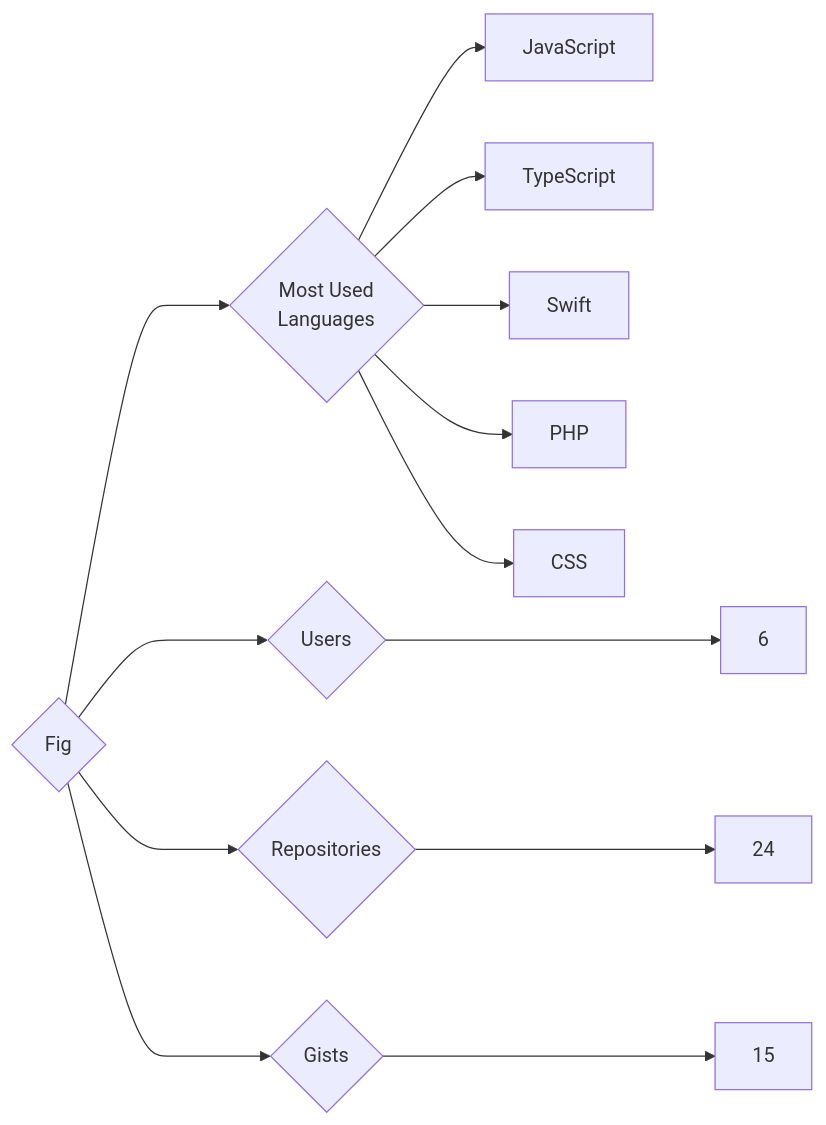
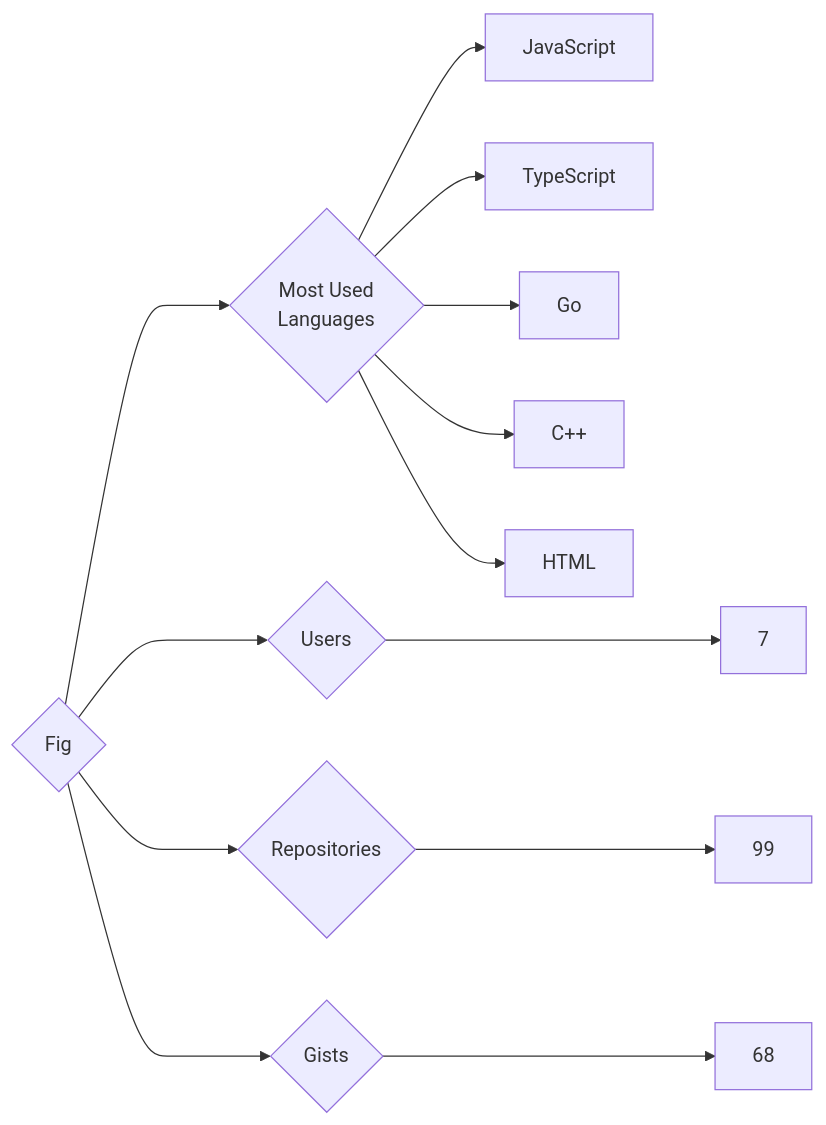
One commit to trickest/insiders changed the diagram in targets/Fig/README.md. Above: the diagram before and after it, drawn with Mermaid. The commit also changed 748 other files, not shown here.

````diff
--- a/targets/Fig/README.md
+++ b/targets/Fig/README.md
@@ -3,13 +3,13 @@
 ```mermaid
 graph LR
 COMPANY_NAME{Fig}
-COMPANY_NAME ---> U{Users} ---> UN[6]
-COMPANY_NAME ---> R{Repositories} ---> RN[24]
-COMPANY_NAME ---> G{Gists} ---> GN[15]
+COMPANY_NAME ---> U{Users} ---> UN[7]
+COMPANY_NAME ---> R{Repositories} ---> RN[99]
+COMPANY_NAME ---> G{Gists} ---> GN[68]
 COMPANY_NAME ---> ML{Most Used<br>Languages}
 ML --> JavaScript[JavaScript]
 ML --> TypeScript[TypeScript]
-ML --> Swift[Swift]
-ML --> PHP[PHP]
-ML --> CSS[CSS]
+ML --> Go[Go]
+ML --> C++[C++]
+ML --> HTML[HTML]
 ```
````
